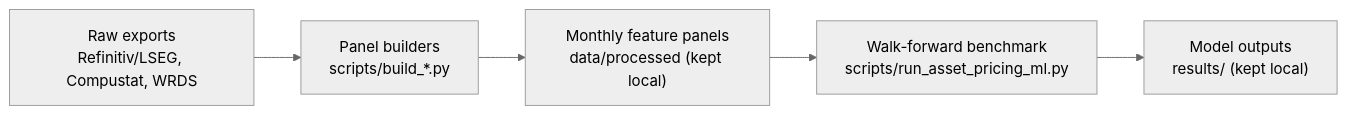
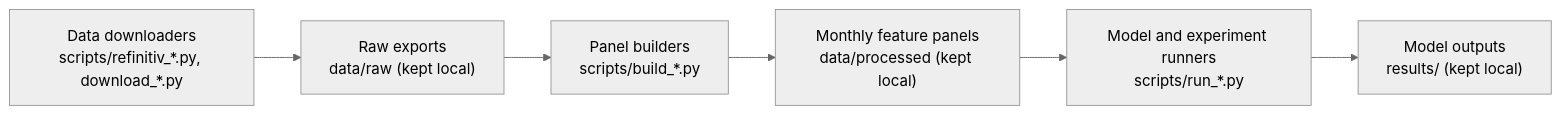
Before and after one commit to ayudhyavidyaningtyas/european-asset-pricing-ml: the diagram in README.md, drawn with Mermaid (neutral theme). The commit also changed other lines of this file, not shown here.

Commit message:
Show downloader stage and full runner set in pipeline diagram

````diff
--- a/README.md
+++ b/README.md
@@ -22,7 +22,8 @@
 ```mermaid
 flowchart LR
-    R["Raw exports<br>Refinitiv/LSEG, Compustat, WRDS"] --> B["Panel builders<br>scripts/build_*.py"]
+    D["Data downloaders<br>scripts/refinitiv_*.py, download_*.py"] --> R["Raw exports<br>data/raw (kept local)"]
+    R --> B["Panel builders<br>scripts/build_*.py"]
     B --> P["Monthly feature panels<br>data/processed (kept local)"]
-    P --> M["Walk-forward benchmark<br>scripts/run_asset_pricing_ml.py"]
+    P --> M["Model and experiment runners<br>scripts/run_*.py"]
     M --> O["Model outputs<br>results/ (kept local)"]
 ```
````
